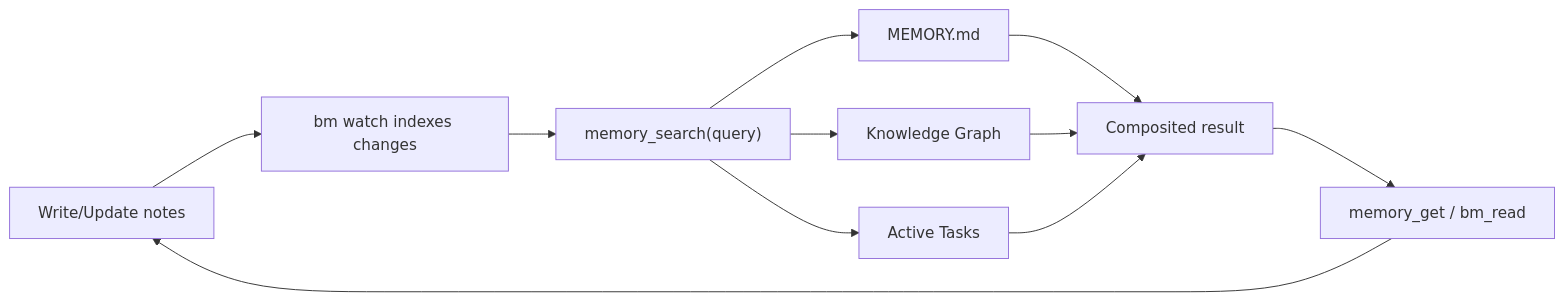
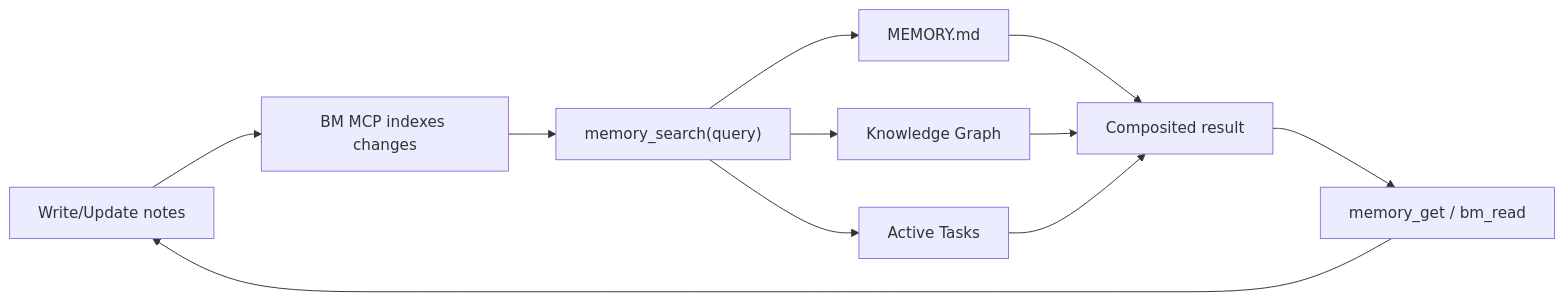
One commit to basicmachines-co/openclaw-basic-memory changed the diagram in README.md. Above: the diagram before and after it, drawn with Mermaid. The commit also changed other lines of this file and 13 other files, not shown here.

````diff
--- a/README.md
+++ b/README.md
@@ -214,13 +214,13 @@
 ```mermaid
 flowchart LR
-    A["Write/Update notes"] --> B["bm watch indexes changes"]
+    A["Write/Update notes"] --> B["BM MCP indexes changes"]
     B --> C["memory_search(query)"]
     C --> D["MEMORY.md"]
     C --> E["Knowledge Graph"]
     C --> F["Active Tasks"]
     D --> G["Composited result"]
     E --> G
     F --> G
     G --> H["memory_get / bm_read"]
     H --> A
 ```
````
